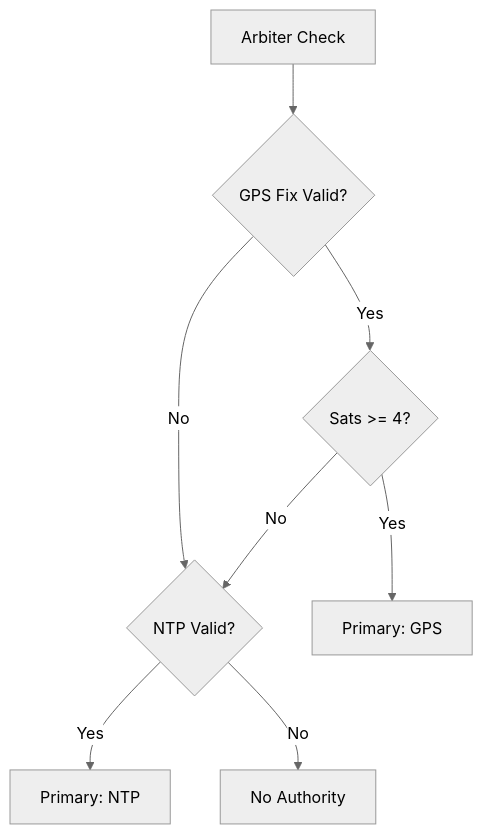
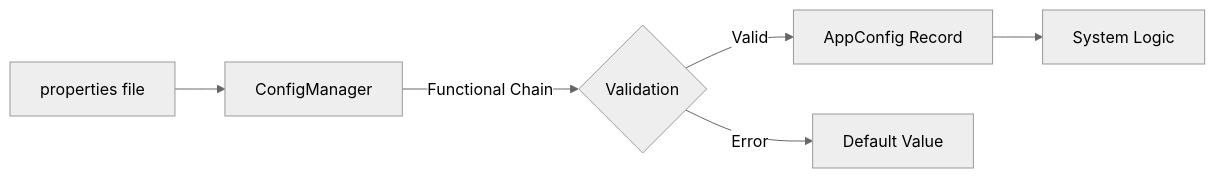
One commit to N8QQQ/qtr-qth changed the first of 3 diagrams in docs/design/DESIGN_PHASE_6.md. Above: the diagram before and after it, drawn with Mermaid (neutral theme). The commit also changed other lines of this file and 51 other files, not shown here.

````diff
--- a/docs/design/DESIGN_PHASE_6.md
+++ b/docs/design/DESIGN_PHASE_6.md
@@ -21,12 +11,8 @@
 ```mermaid
-flowchart TD
-    Start[Arbiter Check] --> GPS_FIX{GPS Fix Valid?}
-    GPS_FIX --> |Yes| SATS{Sats >= 4?}
-    GPS_FIX --> |No| NTP_VALID{NTP Valid?}
-    
-    SATS --> |Yes| USE_GPS[Primary: GPS]
-    SATS --> |No| NTP_VALID
-    
-    NTP_VALID --> |Yes| USE_NTP[Primary: NTP]
-    NTP_VALID --> |No| NO_REF[No Authority]
+flowchart LR
+    Prop[properties file] --> CM[ConfigManager]
+    CM --> |Functional Chain| Validate{Validation}
+    Validate --> |Valid| Record[AppConfig Record]
+    Validate --> |Error| Default[Default Value]
+    Record --> App[System Logic]
 ```
````
